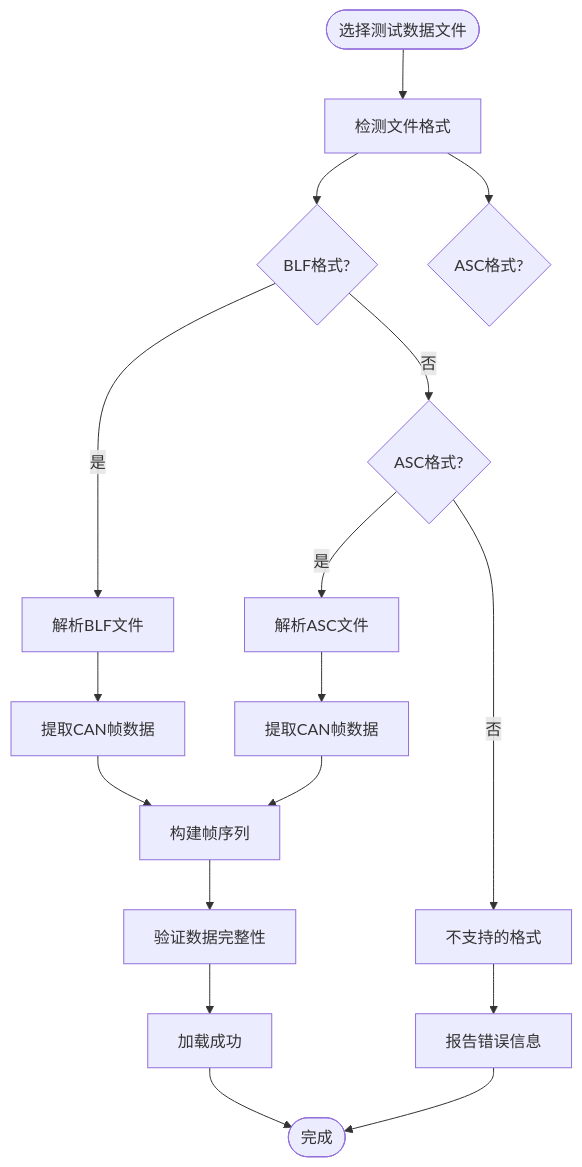
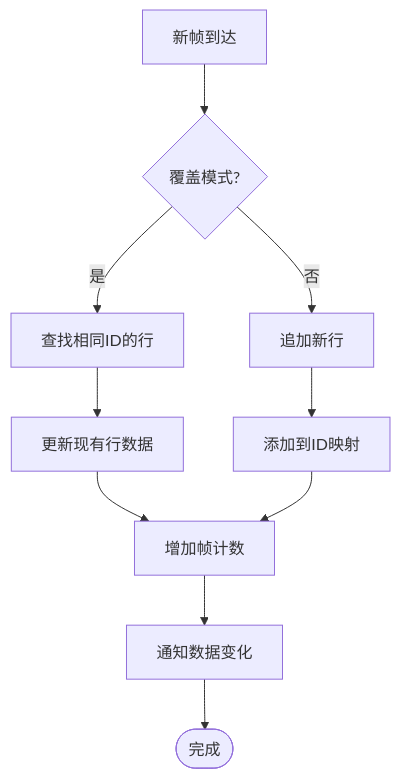
The sixth of 7 diagrams in .qoder/repowiki/zh/content/项目概述/CAN总线分析工具.md (jakecai1225-design/OpenBus), drawn with Mermaid before and after one commit. The commit also changed other lines of this file and 13 other files, not shown here.

````diff
--- a/.qoder/repowiki/zh/content/项目概述/CAN总线分析工具.md
+++ b/.qoder/repowiki/zh/content/项目概述/CAN总线分析工具.md
@@ -511,19 +531,12 @@
 ```mermaid
 flowchart TD
-Start(["选择测试数据文件"]) --> Detect["检测文件格式"]
-Detect --> BLF{"BLF格式?"}
-Detect --> ASC{"ASC格式?"}
-BLF --> |是| LoadBLF["解析BLF文件"]
-BLF --> |否| ASCCheck{"ASC格式?"}
-ASCCheck --> |是| LoadASC["解析ASC文件"]
-ASCCheck --> |否| Error["不支持的格式"]
-LoadBLF --> ParseBLF["提取CAN帧数据"]
-LoadASC --> ParseASC["提取CAN帧数据"]
-ParseBLF --> Build["构建帧序列"]
-ParseASC --> Build
-Build --> Validate["验证数据完整性"]
-Validate --> Success["加载成功"]
-Error --> Report["报告错误信息"]
-Success --> End(["完成"])
-Report --> End
+NewFrame["新帧到达"] --> CheckMode{"覆盖模式?"}
+CheckMode --> |是| FindExisting["查找相同ID的行"]
+CheckMode --> |否| AppendNew["追加新行"]
+FindExisting --> UpdateRow["更新现有行数据"]
+AppendNew --> AddToMap["添加到ID映射"]
+UpdateRow --> IncrementCount["增加帧计数"]
+AddToMap --> IncrementCount
+IncrementCount --> NotifyChange["通知数据变化"]
+NotifyChange --> End(["完成"])
 ```
````
